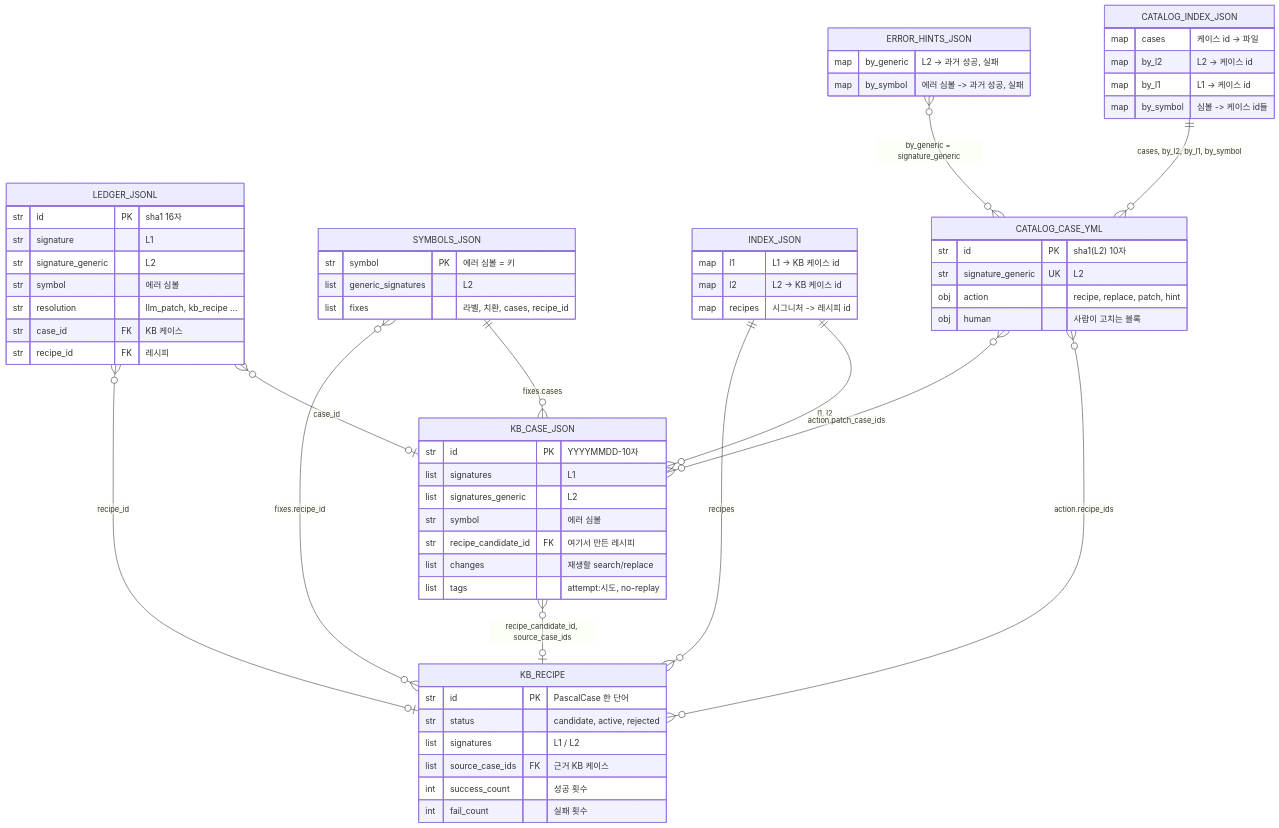
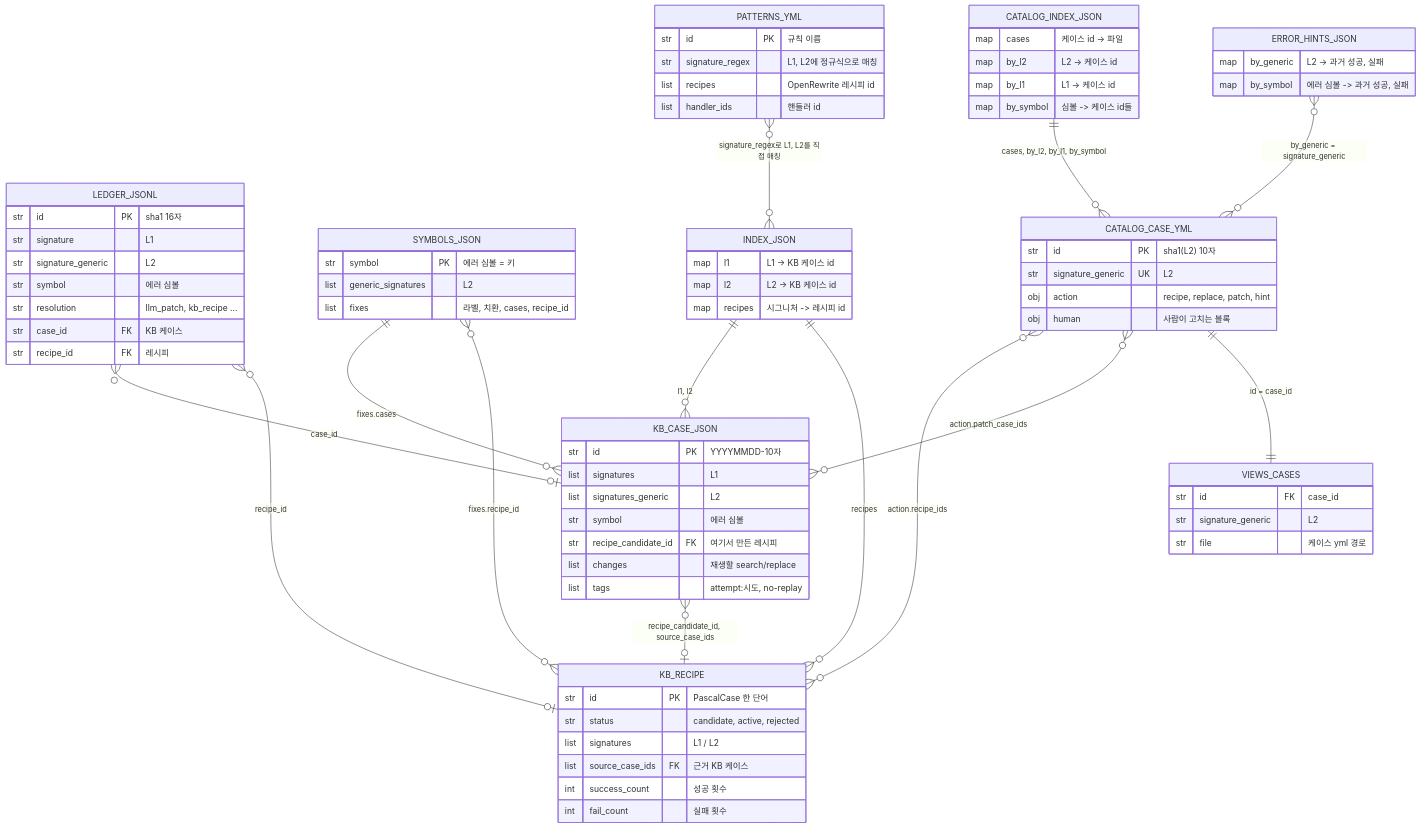
The third of 6 diagrams in docs/kb-map/kb-map.md (acandiatale/tutu), drawn with Mermaid before and after one commit. The commit also changed other lines of this file and 4 other files, not shown here.

First line of the commit message:
Case audit logs the cases a fresh KB's first catalog build creates; the KB map draws every KB file

````diff
--- a/docs/kb-map/kb-map.md
+++ b/docs/kb-map/kb-map.md
@@ -214,66 +226,79 @@
 ```mermaid
 erDiagram
   KB_CASE_JSON {
     str id PK "YYYYMMDD-10자"
     list signatures "L1"
     list signatures_generic "L2"
     str symbol "에러 심볼"
     str recipe_candidate_id FK "여기서 만든 레시피"
     list changes "재생할 search/replace"
     list tags "attempt:시도, no-replay"
   }
   KB_RECIPE {
     str id PK "PascalCase 한 단어"
     str status "candidate, active, rejected"
     list signatures "L1 / L2"
     list source_case_ids FK "근거 KB 케이스"
     int success_count "성공 횟수"
     int fail_count "실패 횟수"
   }
   LEDGER_JSONL {
     str id PK "sha1 16자"
     str signature "L1"
     str signature_generic "L2"
     str symbol "에러 심볼"
     str resolution "llm_patch, kb_recipe ..."
     str case_id FK "KB 케이스"
     str recipe_id FK "레시피"
   }
   SYMBOLS_JSON {
     str symbol PK "에러 심볼 = 키"
     list generic_signatures "L2"
     list fixes "라벨, 치환, cases, recipe_id"
   }
   INDEX_JSON {
     map l1 "L1 -> KB 케이스 id"
     map l2 "L2 -> KB 케이스 id"
     map recipes "시그니처 -> 레시피 id"
   }
   ERROR_HINTS_JSON {
     map by_generic "L2 -> 과거 성공, 실패"
     map by_symbol "에러 심볼 -> 과거 성공, 실패"
   }
   CATALOG_CASE_YML {
     str id PK "sha1(L2) 10자"
     str signature_generic UK "L2"
     obj action "recipe, replace, patch, hint"
     obj human "사람이 고치는 블록"
   }
   CATALOG_INDEX_JSON {
     map cases "케이스 id -> 파일"
     map by_l2 "L2 -> 케이스 id"
     map by_l1 "L1 -> 케이스 id"
     map by_symbol "심볼 -> 케이스 id들"
   }
+  VIEWS_CASES {
+    str id FK "case_id"
+    str signature_generic "L2"
+    str file "케이스 yml 경로"
+  }
+  PATTERNS_YML {
+    str id PK "규칙 이름"
+    str signature_regex "L1, L2에 정규식으로 매칭"
+    list recipes "OpenRewrite 레시피 id"
+    list handler_ids "핸들러 id"
+  }
   KB_CASE_JSON }o--o| KB_RECIPE : "recipe_candidate_id, source_case_ids"
   LEDGER_JSONL }o--o| KB_CASE_JSON : "case_id"
   LEDGER_JSONL }o--o| KB_RECIPE : "recipe_id"
   SYMBOLS_JSON ||--o{ KB_CASE_JSON : "fixes.cases"
   SYMBOLS_JSON }o--o{ KB_RECIPE : "fixes.recipe_id"
   INDEX_JSON ||--o{ KB_CASE_JSON : "l1, l2"
   INDEX_JSON ||--o{ KB_RECIPE : "recipes"
   CATALOG_CASE_YML }o--o{ KB_RECIPE : "action.recipe_ids"
   CATALOG_CASE_YML }o--o{ KB_CASE_JSON : "action.patch_case_ids"
   CATALOG_INDEX_JSON ||--o{ CATALOG_CASE_YML : "cases, by_l2, by_l1, by_symbol"
   ERROR_HINTS_JSON }o--o{ CATALOG_CASE_YML : "by_generic = signature_generic"
+  CATALOG_CASE_YML ||--|| VIEWS_CASES : "id = case_id"
+  PATTERNS_YML }o--o{ INDEX_JSON : "signature_regex로 L1, L2를 직접 매칭"
 ```
````
